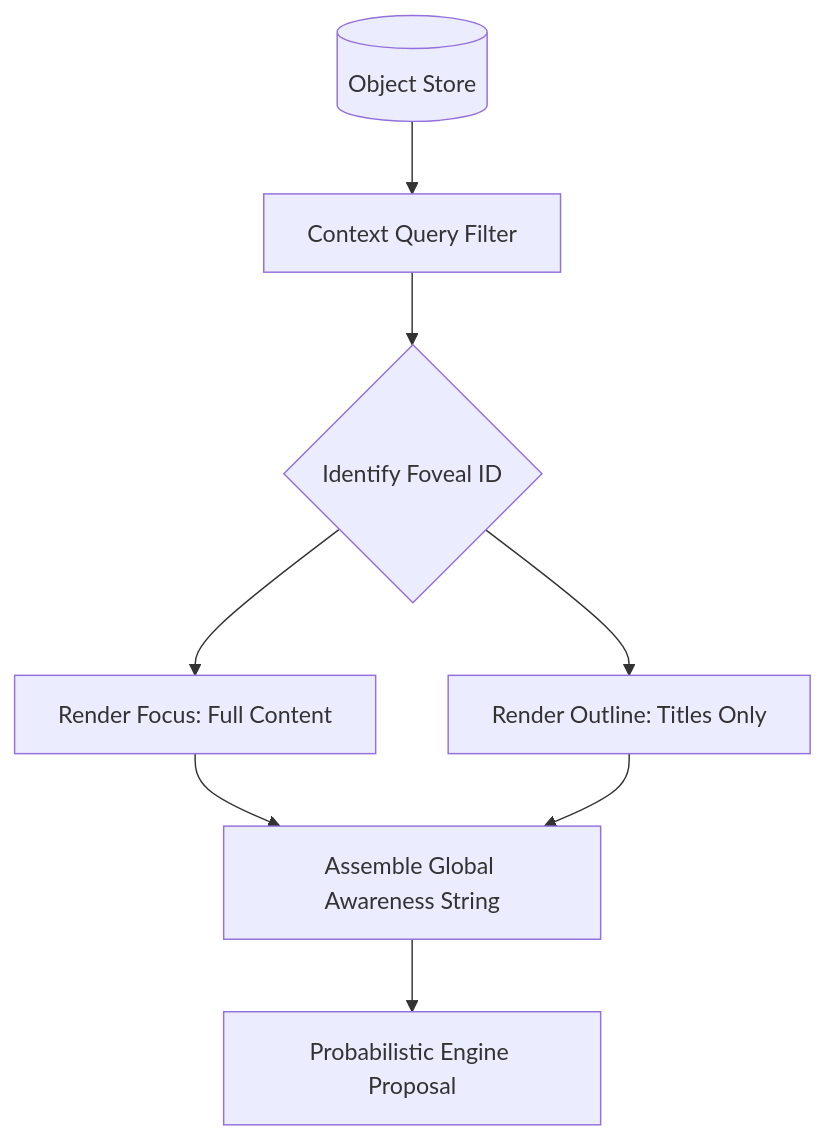
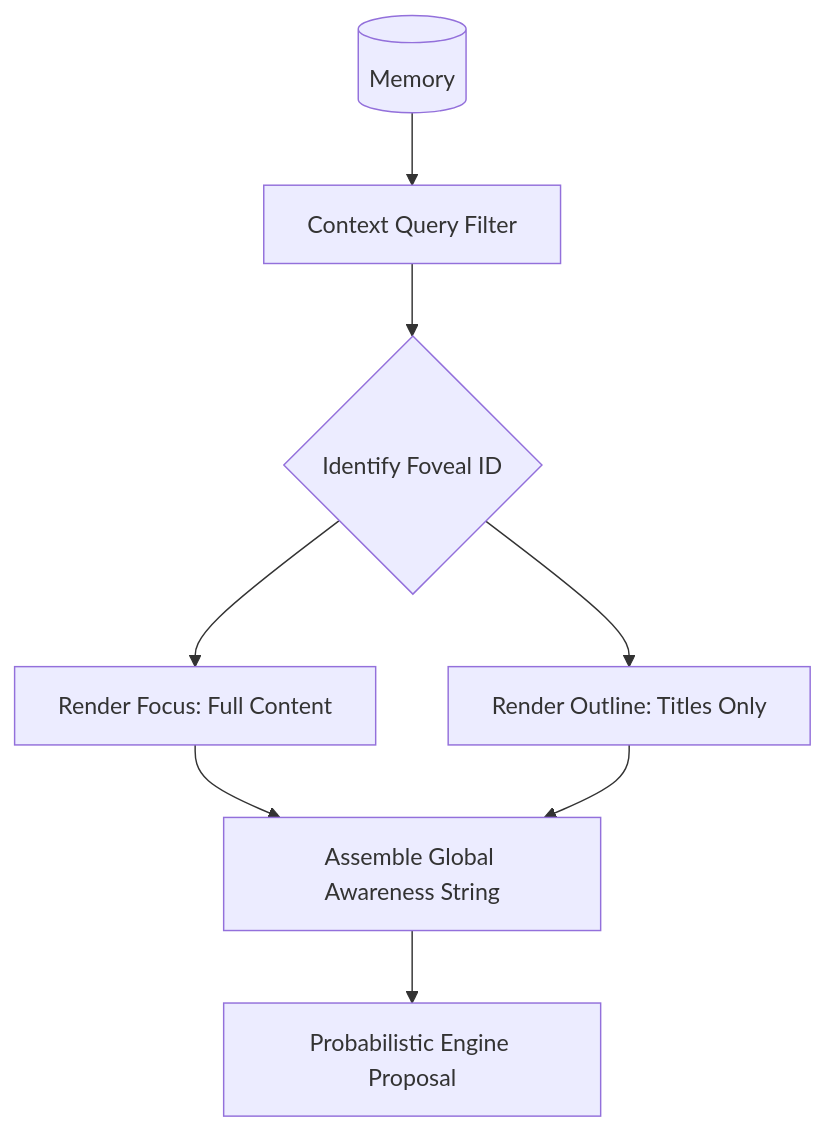
One commit to amrgharbeia/opencortex changed the diagram in literate/context.org. Above: the diagram before and after it, drawn with Mermaid. The commit also changed other lines of this file and 46 other files, not shown here.

Commit message:
ALIGN: Rename Object Store to Memory and enrich literate text

```diff
--- a/literate/context.org
+++ b/literate/context.org
@@ -23,10 +23,10 @@
 #+begin_src mermaid
 flowchart TD
-    Store[(Object Store)] --> Filter[Context Query Filter]
+    Store[(Memory)] --> Filter[Context Query Filter]
     Filter --> Identification{Identify Foveal ID}
     Identification --> Foveal[Render Focus: Full Content]
     Identification --> Peripheral[Render Outline: Titles Only]
     Foveal --> Assembly[Assemble Global Awareness String]
     Peripheral --> Assembly
     Assembly --> LLM[Probabilistic Engine Proposal]
 #+end_src
```
